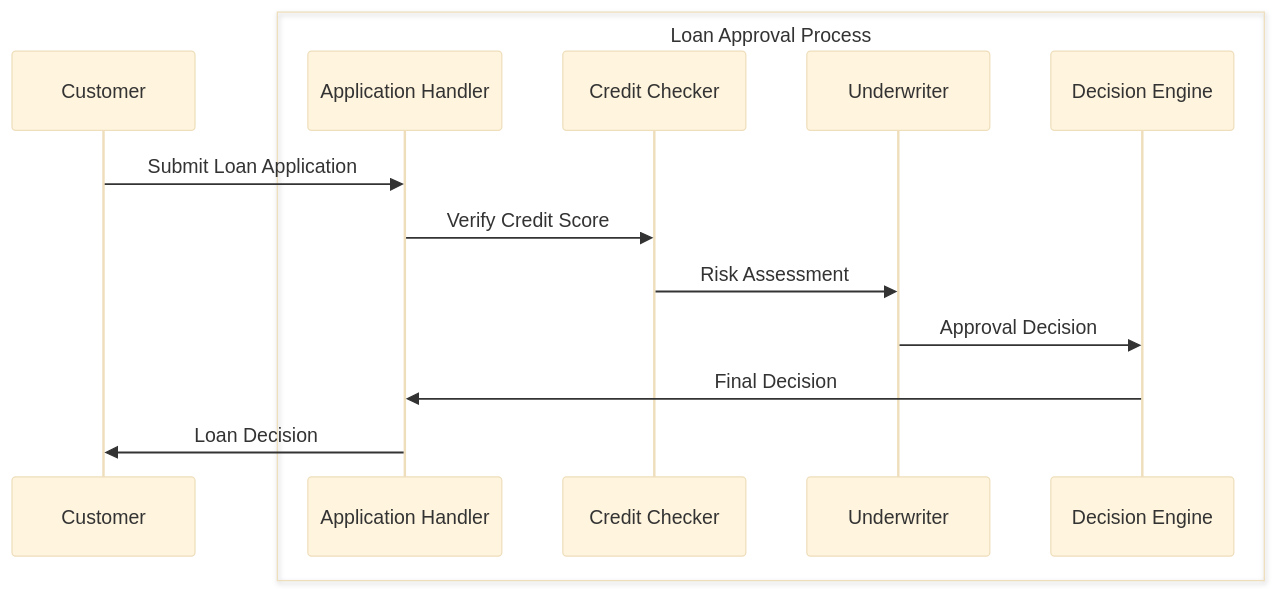
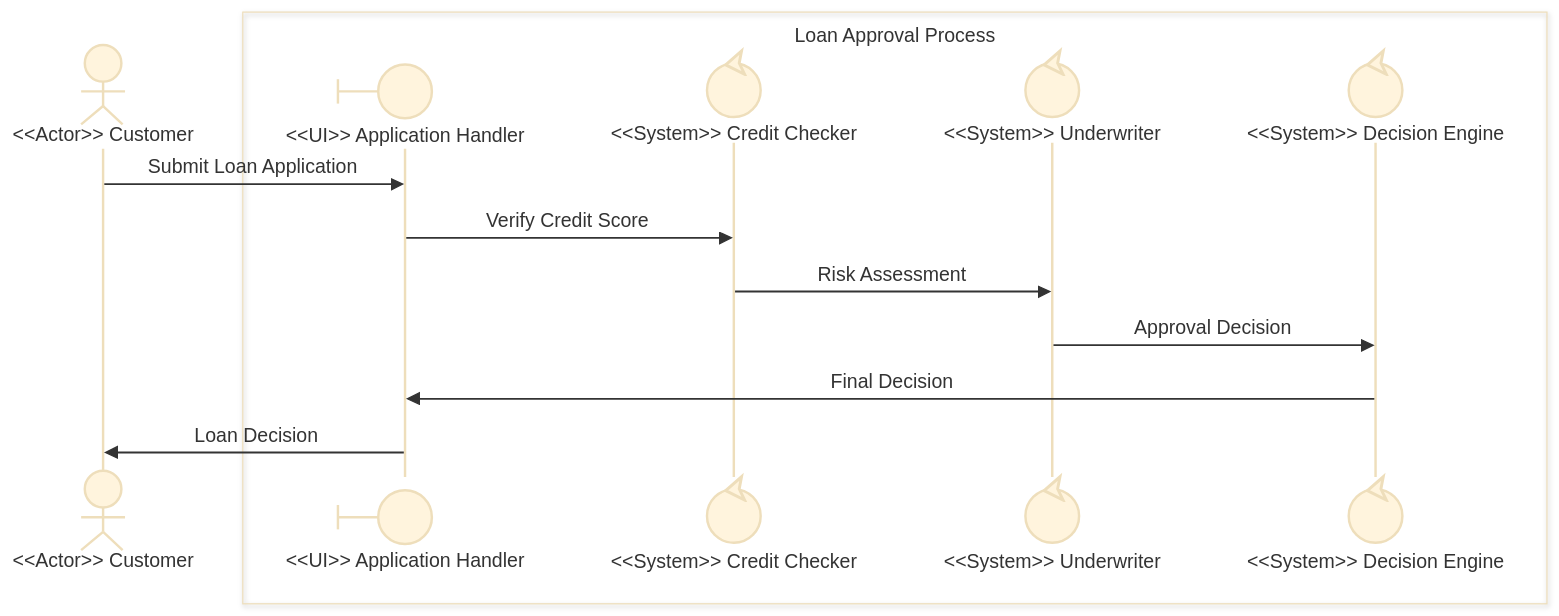
One commit to zhongadamwang/AI_Slowcooker changed the fourth of 9 diagrams in OrgDocument/projects/03 - Building Skills Iteration 2/artifacts/Analysis/boundary-concepts.md. Above: the diagram before and after it, drawn with Mermaid (base theme). The commit also changed other lines of this file and 2 other files, not shown here.

````diff
--- a/OrgDocument/projects/03 - Building Skills Iteration 2/artifacts/Analysis/boundary-concepts.md
+++ b/OrgDocument/projects/03 - Building Skills Iteration 2/artifacts/Analysis/boundary-concepts.md
@@ -98,18 +125,18 @@
 ```mermaid
 sequenceDiagram
-    participant Customer as Customer
+    participant Customer@{ "type" : "actor" } as <<Actor>> Customer
     
     box Loan Approval Process
-        participant Application as Application Handler
-        participant CreditCheck as Credit Checker
-        participant Underwriter as Underwriter
-        participant DecisionEngine as Decision Engine
+        participant Application@{ "type" : "boundary" } as <<UI>> Application Handler
+        participant CreditCheck@{ "type" : "control" } as <<System>> Credit Checker
+        participant Underwriter@{ "type" : "control" } as <<System>> Underwriter
+        participant DecisionEngine@{ "type" : "control" } as <<System>> Decision Engine
     end
     
     Customer->>Application: Submit Loan Application
     Application->>CreditCheck: Verify Credit Score
     CreditCheck->>Underwriter: Risk Assessment
     Underwriter->>DecisionEngine: Approval Decision
     DecisionEngine->>Application: Final Decision
     Application->>Customer: Loan Decision
 ```
````
